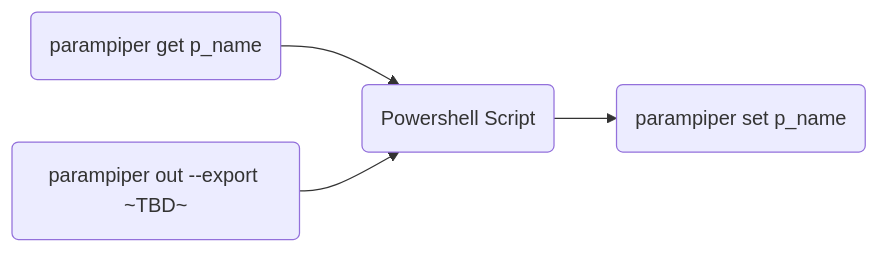
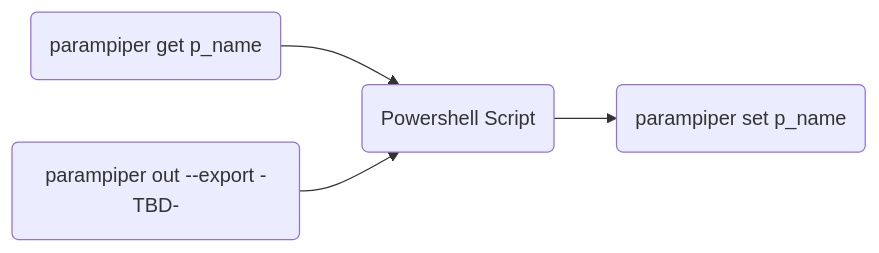
The second of 3 diagrams in README.md (cdalar/parampiper), drawn with Mermaid before and after one commit.

````diff
--- a/README.md
+++ b/README.md
@@ -16,6 +16,6 @@
 ```mermaid
 flowchart LR
 
 X(parampiper get p_name)--> A(Powershell Script) -->B(parampiper set p_name)
-Y(parampiper out --export ~TBD~) --> A
+Y(parampiper out --export -TBD-) --> A
 ```
````
